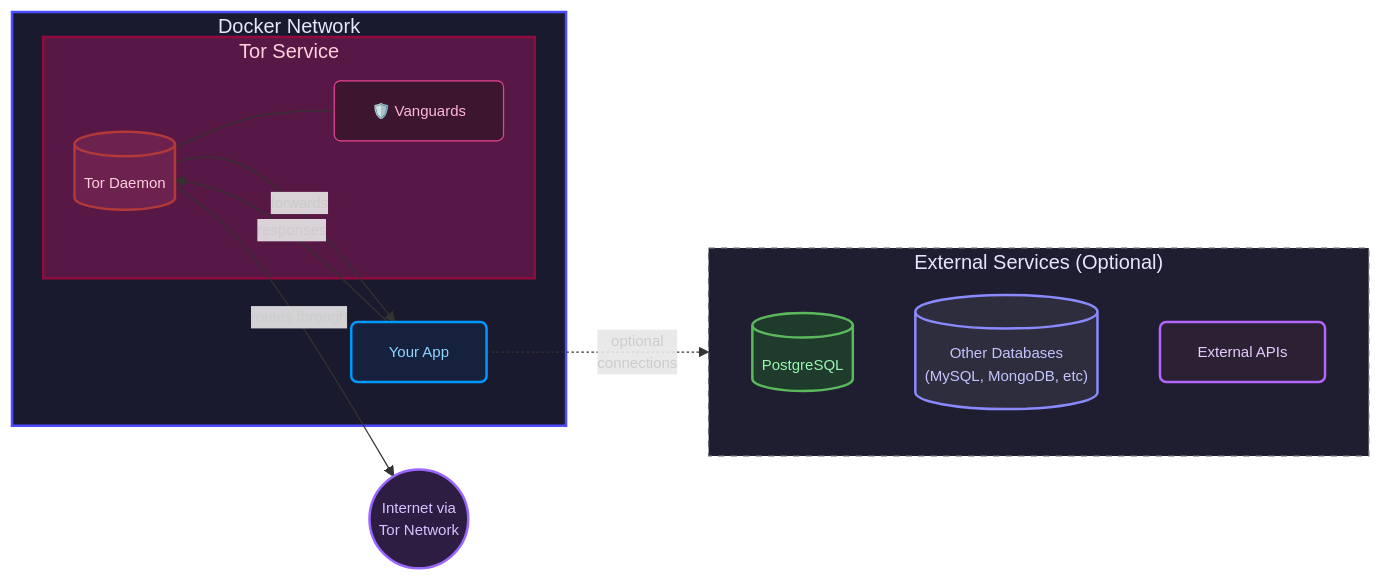
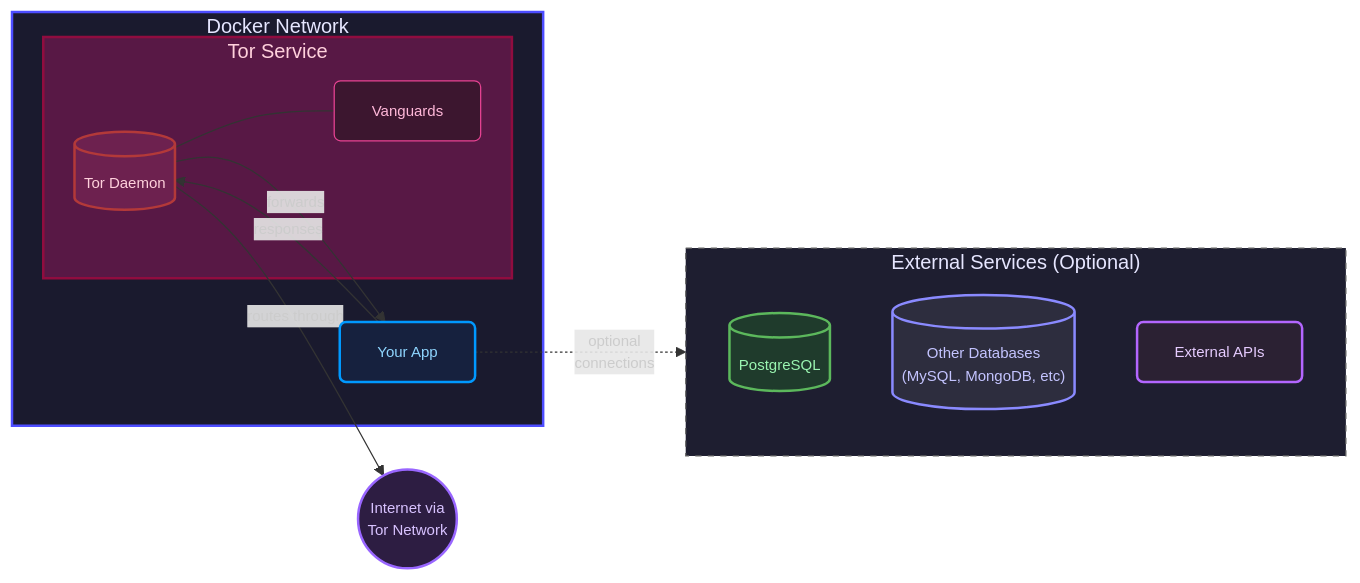
One commit to tn3w/OnionDock changed the diagram in README.md. Above: the diagram before and after it, drawn with Mermaid.

Commit message:
Update README.md to remove emoji from Vanguards label for a cleaner presentation

````diff
--- a/README.md
+++ b/README.md
@@ -100,44 +100,44 @@
 ```mermaid
 graph LR
     subgraph DockerNetwork["Docker Network"]
         style DockerNetwork fill:#1a1a2e,stroke:#4d4dff,stroke-width:2px,color:#e6e6ff
         
         subgraph TorService["Tor Service"]
             style TorService fill:#581845,stroke:#900C3F,stroke-width:2px,color:#ffd1dc
             
             Tor[("Tor Daemon")]
             style Tor fill:#6d214f,stroke:#b33939,stroke-width:2px,color:#ffd1dc
             
-            VG["🛡️ Vanguards"]
+            VG["Vanguards"]
             style VG fill:#3c162f,stroke:#e84393,stroke-width:1px,color:#ffb8d9,shape:hexagon
         end
         
         App["Your App"]
         style App fill:#16213e,stroke:#0099ff,stroke-width:2px,color:#8fd6ff
     end
     
     subgraph ExternalOptions["External Services (Optional)"]
         style ExternalOptions fill:#1e1e30,stroke:#666666,stroke-width:1px,stroke-dasharray: 5 5,color:#e6e6ff
         
         DB[(PostgreSQL)]
         style DB fill:#1f3b2c,stroke:#5cb85c,stroke-width:2px,color:#9af5b1
         
         OtherDB[("Other Databases<br>(MySQL, MongoDB, etc)")]
         style OtherDB fill:#2d2d3e,stroke:#8a8aff,stroke-width:2px,color:#c4c4ff
         
         ExternalAPI["External APIs"]
         style ExternalAPI fill:#2b2133,stroke:#b366ff,stroke-width:2px,color:#e6ccff
     end
     
     Internet(("Internet via<br>Tor Network"))
     style Internet fill:#2d1d42,stroke:#9966ff,stroke-width:2px,color:#d8c2ff
     
     Tor -->|"forwards"| App
     App -->|"responses"| Tor
     App -.->|"optional<br>connections"| ExternalOptions
     Tor -->|"routes through"| Internet
     Tor --- VG
     
     classDef node rx:5,ry:5;
     classDef label color:#cccccc,font-size:12px;
 ```
````
